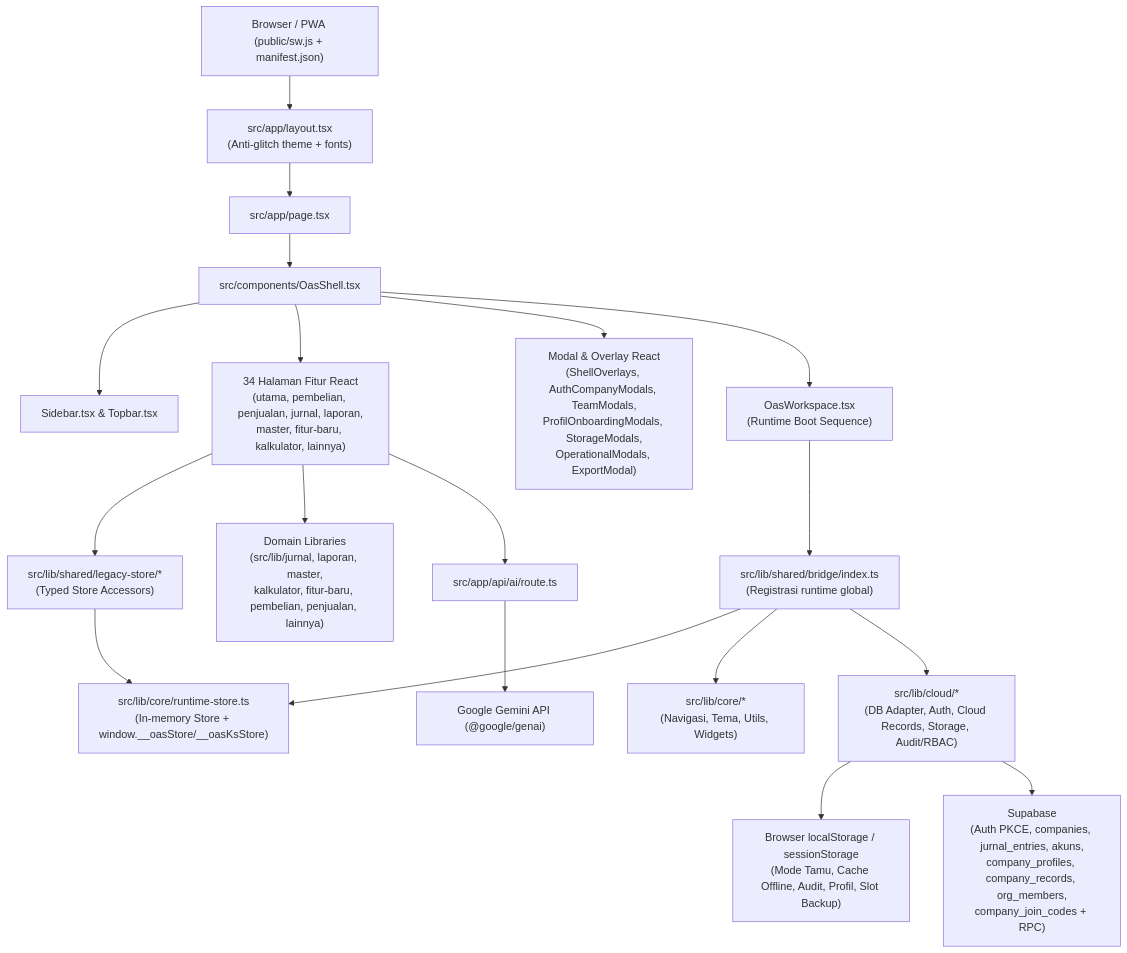
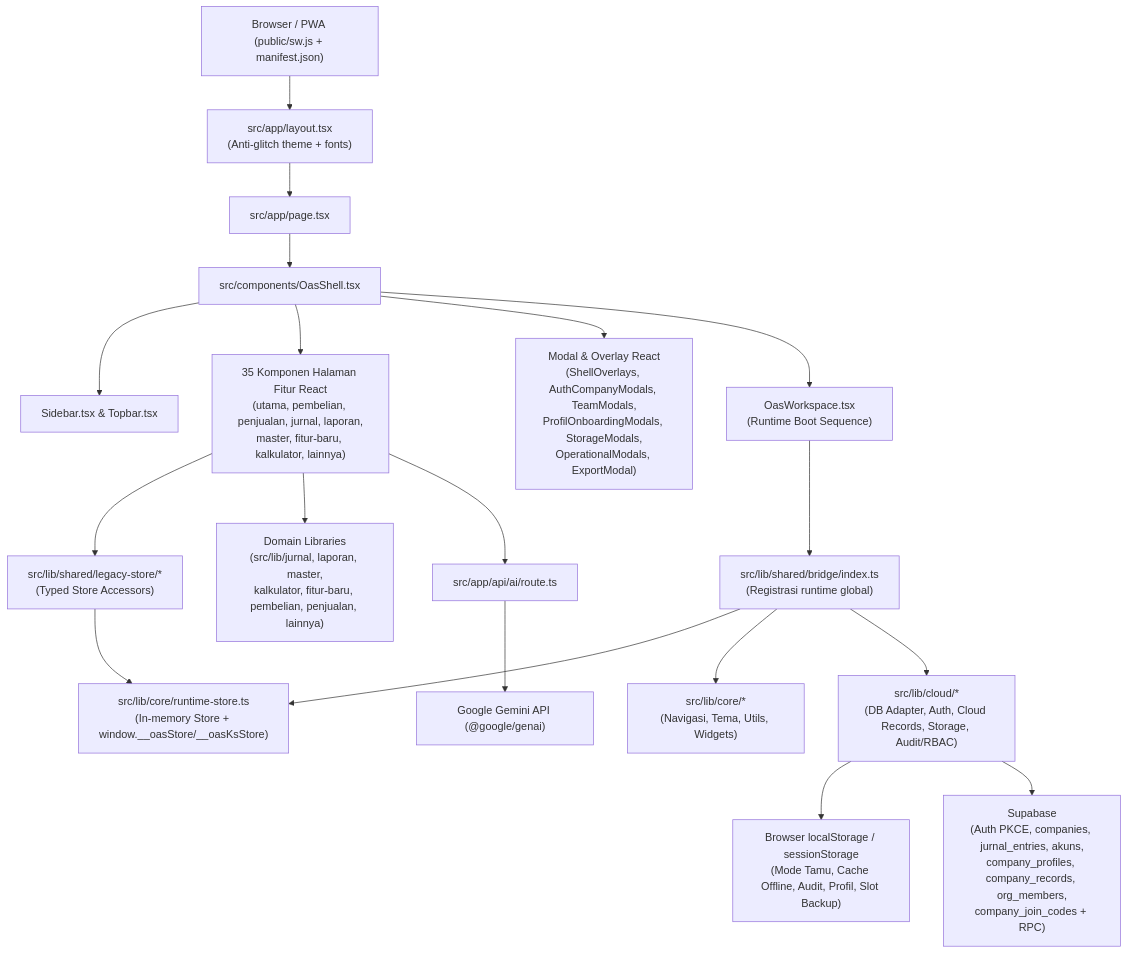
Before and after one commit to bayuharlanpriangga/OAS: the diagram in architecture.md, drawn with Mermaid. The commit also changed other lines of this file and 15 other files, not shown here.

````diff
--- a/architecture.md
+++ b/architecture.md
@@ -9,25 +9,25 @@
 ```mermaid
 flowchart TD
     Browser["Browser / PWA (public/sw.js + manifest.json)"] --> Layout["src/app/layout.tsx\n(Anti-glitch theme + fonts)"]
     Layout --> Page["src/app/page.tsx"]
     Page --> Shell["src/components/OasShell.tsx"]
 
     Shell --> SidebarTopbar["Sidebar.tsx & Topbar.tsx"]
-    Shell --> Pages["34 Halaman Fitur React\n(utama, pembelian, penjualan, jurnal, laporan,\nmaster, fitur-baru, kalkulator, lainnya)"]
+    Shell --> Pages["35 Komponen Halaman Fitur React\n(utama, pembelian, penjualan, jurnal, laporan,\nmaster, fitur-baru, kalkulator, lainnya)"]
     Shell --> Modals["Modal & Overlay React\n(ShellOverlays, AuthCompanyModals, TeamModals,\nProfilOnboardingModals, StorageModals,\nOperationalModals, ExportModal)"]
     Shell --> Workspace["OasWorkspace.tsx\n(Runtime Boot Sequence)"]
 
     Workspace --> Bridge["src/lib/shared/bridge/index.ts\n(Registrasi runtime global)"]
     Bridge --> Store["src/lib/core/runtime-store.ts\n(In-memory Store + window.__oasStore/__oasKsStore)"]
     Bridge --> Core["src/lib/core/*\n(Navigasi, Tema, Utils, Widgets)"]
     Bridge --> Cloud["src/lib/cloud/*\n(DB Adapter, Auth, Cloud Records, Storage, Audit/RBAC)"]
 
     Pages --> StoreAdapter["src/lib/shared/legacy-store/*\n(Typed Store Accessors)"]
     StoreAdapter --> Store
     Pages --> DomainLib["Domain Libraries\n(src/lib/jurnal, laporan, master,\nkalkulator, fitur-baru, pembelian, penjualan, lainnya)"]
 
     Cloud --> LocalStorage["Browser localStorage / sessionStorage\n(Mode Tamu, Cache Offline, Audit, Profil, Slot Backup)"]
     Cloud --> Supabase["Supabase\n(Auth PKCE, companies, jurnal_entries, akuns,\ncompany_profiles, company_records, org_members,\ncompany_join_codes + RPC)"]
     Pages --> ApiAi["src/app/api/ai/route.ts"]
     ApiAi --> Gemini["Google Gemini API (@google/genai)"]
 ```
````
